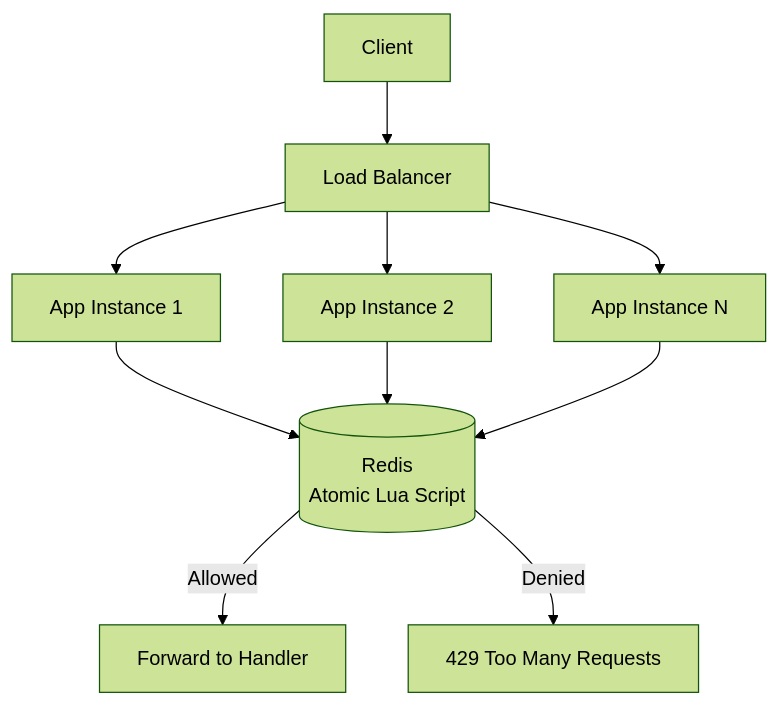
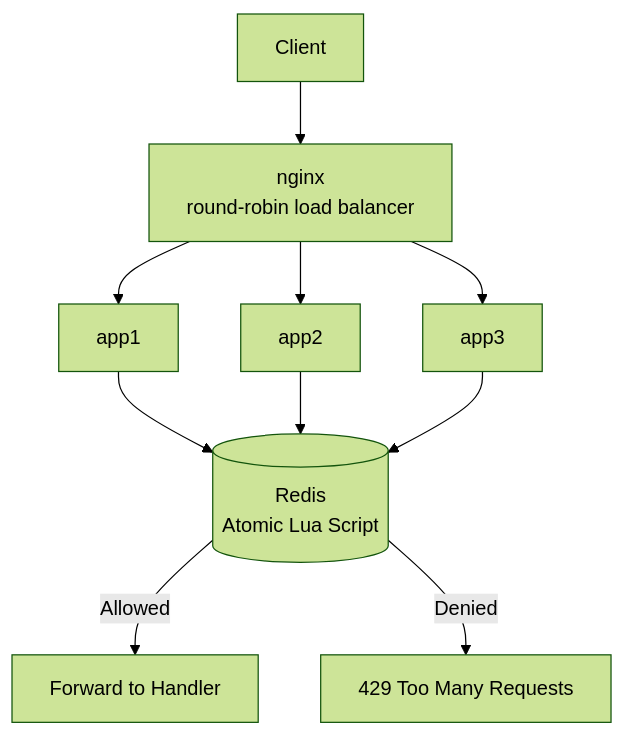
The diagram in README.md (sunnypatel2048/distributed-rate-limiter), drawn with Mermaid (forest theme) before and after one commit. The commit also changed other lines of this file and 5 other files, not shown here.

Commit message:
Run 3 app replicas behind nginx with Docker Compose and add a cluster verification script

````diff
--- a/README.md
+++ b/README.md
@@ -37,12 +37,12 @@
 ```mermaid
 flowchart TD
-    Client[Client] --> LB[Load Balancer]
-    LB --> I1[App Instance 1]
-    LB --> I2[App Instance 2]
-    LB --> IN[App Instance N]
+    Client[Client] --> LB[nginx<br/>round-robin load balancer]
+    LB --> I1[app1]
+    LB --> I2[app2]
+    LB --> I3[app3]
     I1 --> Redis[(Redis<br/>Atomic Lua Script)]
     I2 --> Redis
-    IN --> Redis
+    I3 --> Redis
     Redis -->|Allowed| Allow[Forward to Handler]
     Redis -->|Denied| Deny[429 Too Many Requests]
 ```
````
